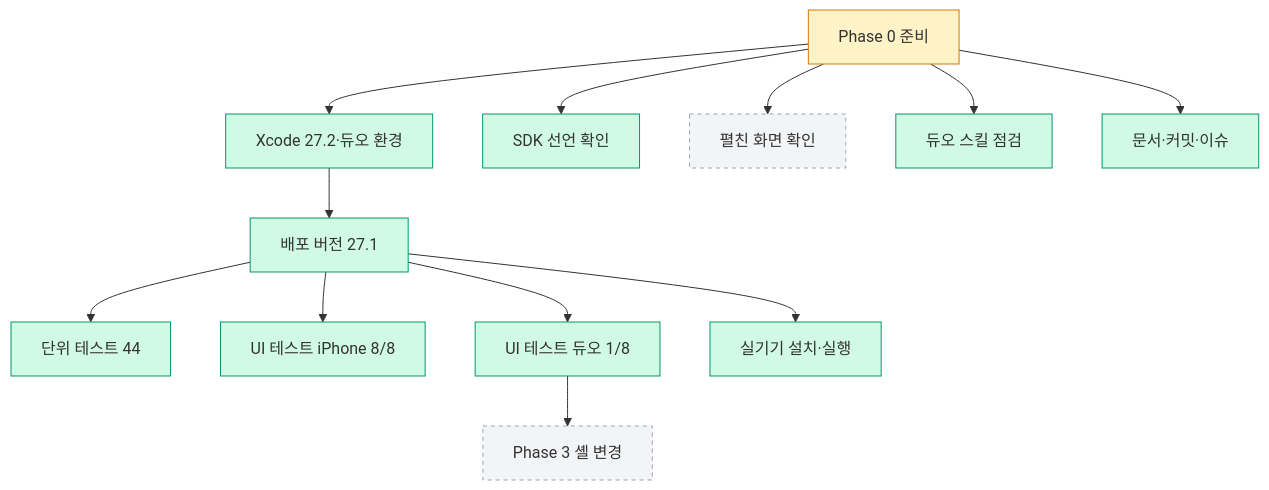
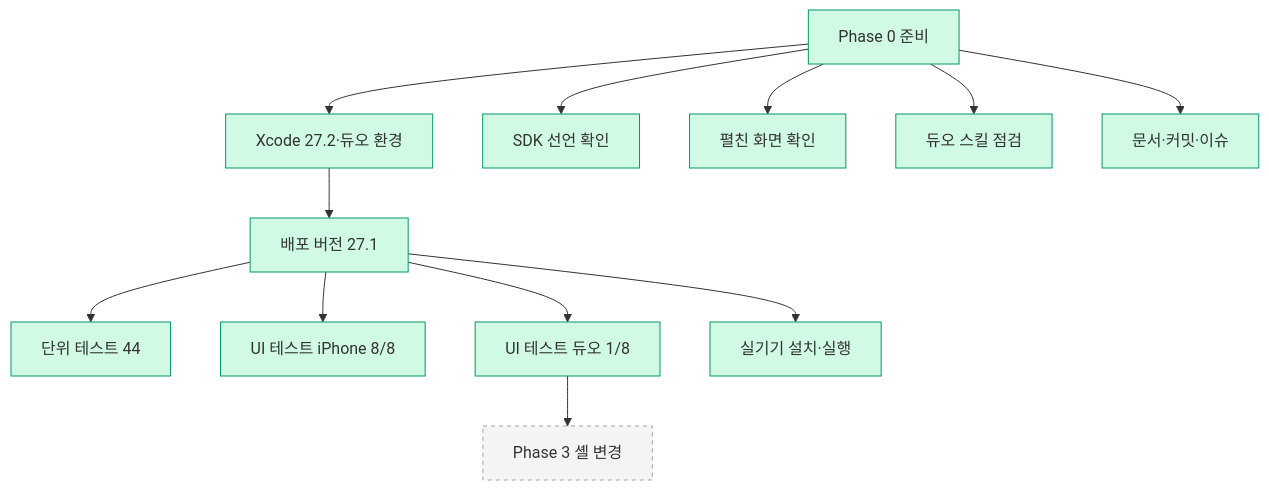
One commit to Nedian0Brien/PrismLog changed the diagram in .sitrep/sessions/20261117-2250-ios-v2-phase0/arch.mmd. Above: the diagram before and after it, drawn with Mermaid. The commit also changed 6 other files, not shown here.

```diff
--- a/.sitrep/sessions/20261117-2250-ios-v2-phase0/arch.mmd
+++ b/.sitrep/sessions/20261117-2250-ios-v2-phase0/arch.mmd
@@ -1,23 +1,23 @@
 flowchart TD
-  P0[Phase 0 준비]:::doing
+  P0[Phase 0 준비]:::done
   ENV[Xcode 27.2·듀오 환경]:::done
   DT[배포 버전 27.1]:::done
   UT[단위 테스트 44]:::done
   UIP[UI 테스트 iPhone 8/8]:::done
   UID[UI 테스트 듀오 1/8]:::done
   DEV[실기기 설치·실행]:::done
   SDK[SDK 선언 확인]:::done
-  OPEN[펼친 화면 확인]:::todo
+  OPEN[펼친 화면 확인]:::done
   SK[듀오 스킬 점검]:::done
   DOC[문서·커밋·이슈]:::done
   P3[Phase 3 셸 변경]:::todo
   P0 --> ENV --> DT --> UT & UIP & UID & DEV
   P0 --> SDK
   UID --> P3
   P0 --> OPEN
   P0 --> SK
   P0 --> DOC
   classDef done fill:#d1fae5,stroke:#059669
   classDef doing fill:#fef3c7,stroke:#d97706
   classDef decide fill:#fee2e2,stroke:#dc2626
   classDef todo fill:#f3f4f6,stroke:#9ca3af,stroke-dasharray:4
```
